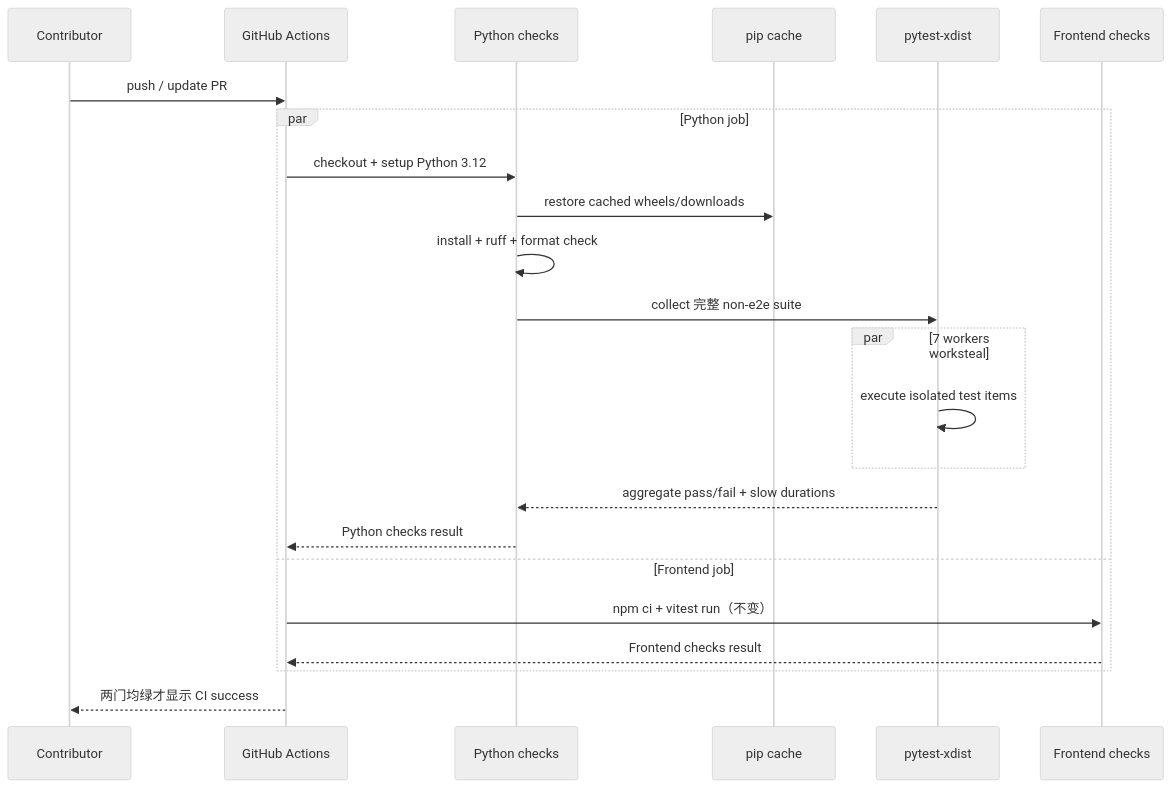
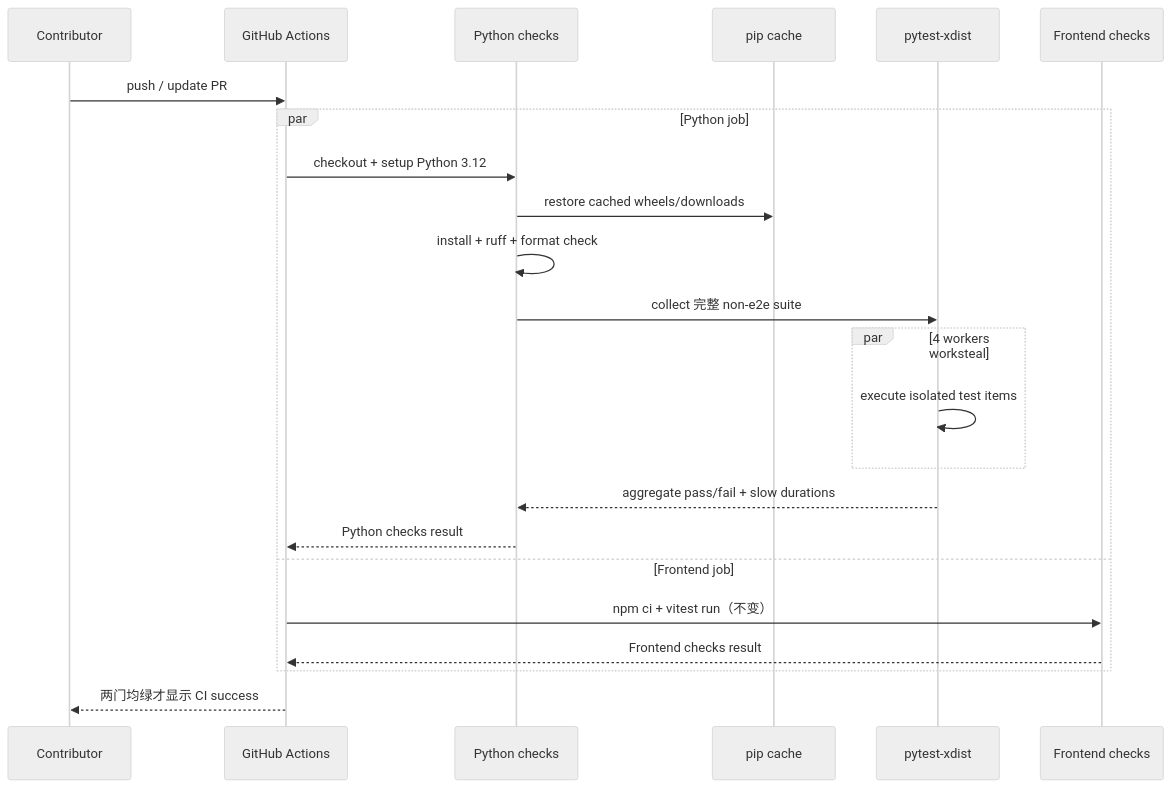
The second of 2 diagrams in docs/changes/perf-458-ci-speed/design.md (Mrchen116/nano-multiagent), drawn with Mermaid (neutral theme) before and after one commit. The commit also changed other lines of this file and 2 other files, not shown here.

````diff
--- a/docs/changes/perf-458-ci-speed/design.md
+++ b/docs/changes/perf-458-ci-speed/design.md
@@ -142,26 +143,26 @@
 ```mermaid
 sequenceDiagram
     participant Dev as Contributor
     participant GH as GitHub Actions
     participant Py as Python checks
     participant Cache as pip cache
     participant XD as pytest-xdist
     participant FE as Frontend checks
 
     Dev->>GH: push / update PR
     par Python job
         GH->>Py: checkout + setup Python 3.12
         Py->>Cache: restore cached wheels/downloads
         Py->>Py: install + ruff + format check
         Py->>XD: collect 完整 non-e2e suite
-        par 7 workers worksteal
+        par 4 workers worksteal
             XD->>XD: execute isolated test items
         end
         XD-->>Py: aggregate pass/fail + slow durations
         Py-->>GH: Python checks result
     and Frontend job
         GH->>FE: npm ci + vitest run（不变）
         FE-->>GH: Frontend checks result
     end
     GH-->>Dev: 两门均绿才显示 CI success
 ```
````
